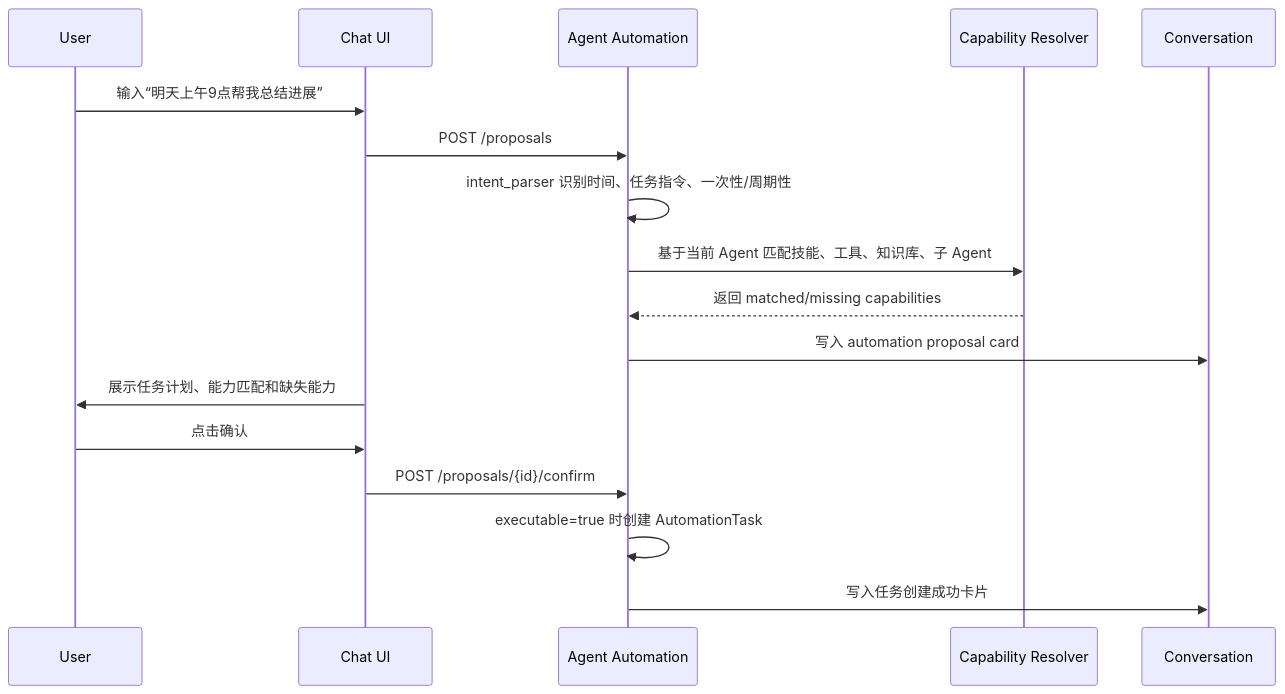
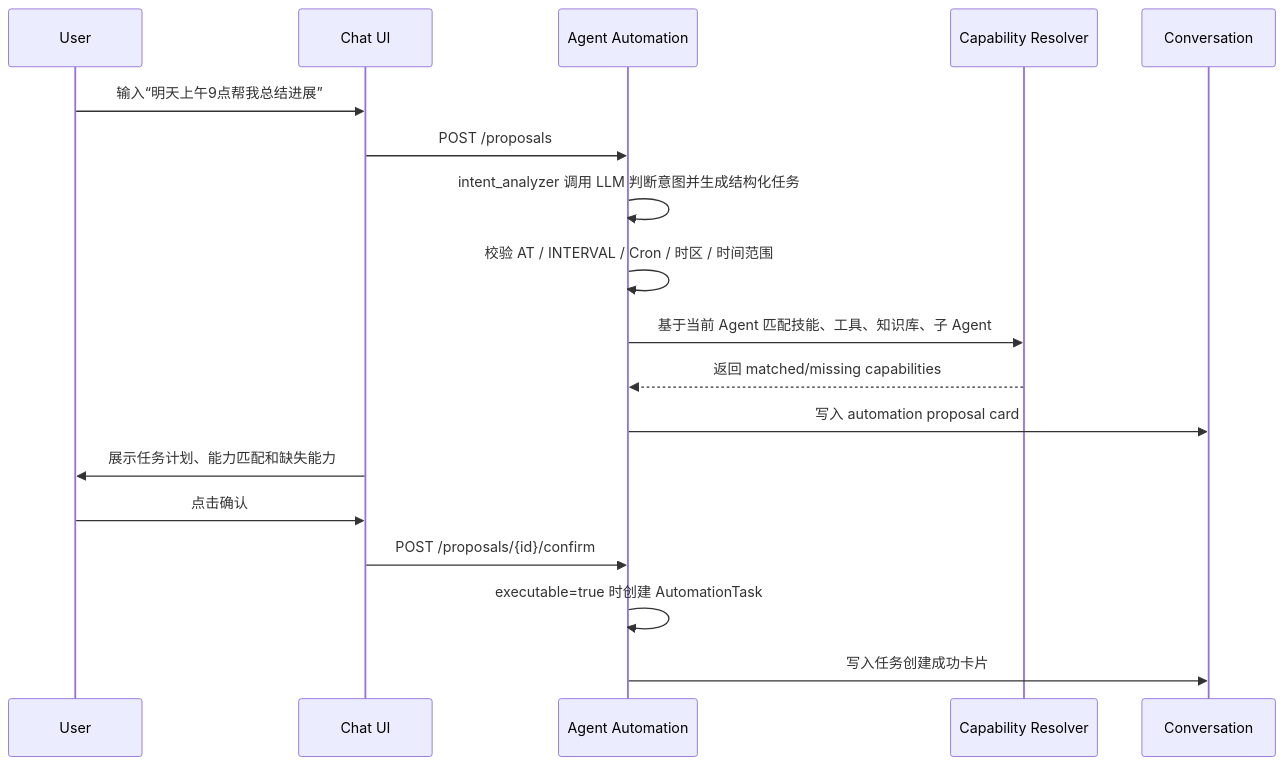
Before and after one commit to ModelEngine-Group/nexent: the second of 3 diagrams in doc/docs/zh/backend/agent-automation-task-design.md, drawn with Mermaid. The commit also changed other lines of this file and 22 other files, not shown here.

````diff
--- a/doc/docs/zh/backend/agent-automation-task-design.md
+++ b/doc/docs/zh/backend/agent-automation-task-design.md
@@ -545,20 +546,21 @@
 ```mermaid
 sequenceDiagram
   participant U as User
   participant Chat as Chat UI
   participant Auto as Agent Automation
   participant Cap as Capability Resolver
   participant Conv as Conversation
 
   U->>Chat: 输入“明天上午9点帮我总结进展”
   Chat->>Auto: POST /proposals
-  Auto->>Auto: intent_parser 识别时间、任务指令、一次性/周期性
+  Auto->>Auto: intent_analyzer 调用 LLM 判断意图并生成结构化任务
+  Auto->>Auto: 校验 AT / INTERVAL / Cron / 时区 / 时间范围
   Auto->>Cap: 基于当前 Agent 匹配技能、工具、知识库、子 Agent
   Cap-->>Auto: 返回 matched/missing capabilities
   Auto->>Conv: 写入 automation proposal card
   Chat->>U: 展示任务计划、能力匹配和缺失能力
   U->>Chat: 点击确认
   Chat->>Auto: POST /proposals/{id}/confirm
   Auto->>Auto: executable=true 时创建 AutomationTask
   Auto->>Conv: 写入任务创建成功卡片
 ```
````
